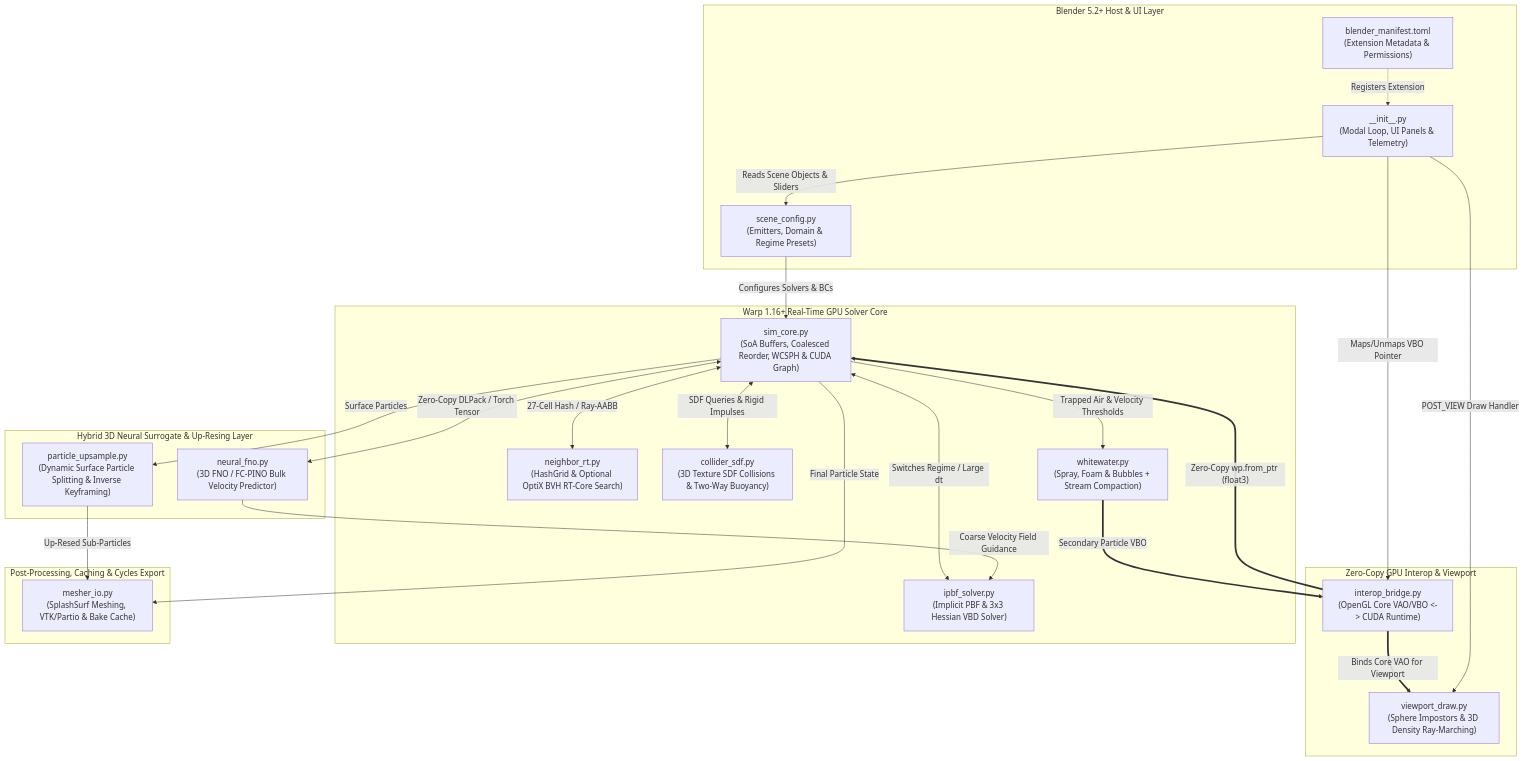
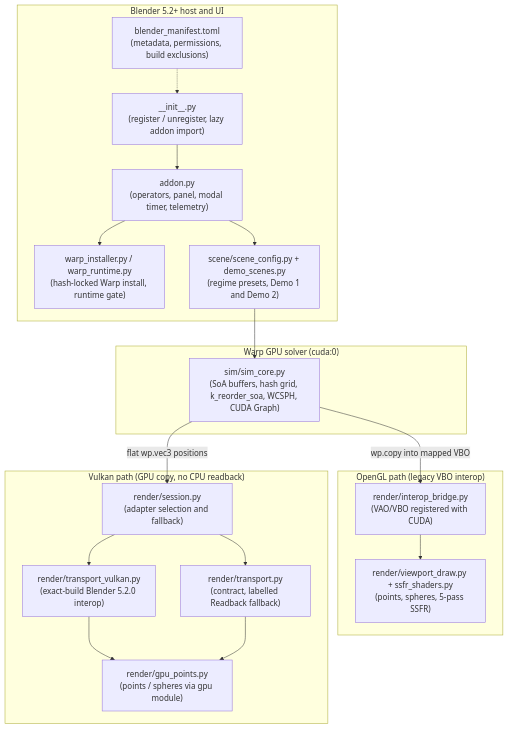
The diagram in docs/ARCHITECTURE.md (trdillman/warp_sph_realtime), drawn with Mermaid before and after one commit. The commit also changed other lines of this file and 123 other files, not shown here.

````diff
--- a/docs/ARCHITECTURE.md
+++ b/docs/ARCHITECTURE.md
@@ -9,51 +11,39 @@
 ```mermaid
 graph TD
-    subgraph Blender52 ["Blender 5.2+ Host & UI Layer"]
-        Manifest["blender_manifest.toml<br/>(Extension Metadata & Permissions)"]
-        Init["__init__.py<br/>(Modal Loop, UI Panels & Telemetry)"]
-        SceneCfg["scene_config.py<br/>(Emitters, Domain & Regime Presets)"]
+    subgraph Host ["Blender 5.2+ host and UI"]
+        Manifest["blender_manifest.toml<br/>(metadata, permissions, build exclusions)"]
+        Init["__init__.py<br/>(register / unregister, lazy addon import)"]
+        Addon["addon.py<br/>(operators, panel, modal timer, telemetry)"]
+        Installer["warp_installer.py / warp_runtime.py<br/>(hash-locked Warp install, runtime gate)"]
+        SceneCfg["scene/scene_config.py + demo_scenes.py<br/>(regime presets, Demo 1 and Demo 2)"]
     end
 
-    subgraph ZeroCopyInterop ["Zero-Copy GPU Interop & Viewport"]
-        Interop["interop_bridge.py<br/>(OpenGL Core VAO/VBO <-> CUDA Runtime)"]
-        ViewDraw["viewport_draw.py<br/>(Sphere Impostors & 3D Density Ray-Marching)"]
+    subgraph Solver ["Warp GPU solver (cuda:0)"]
+        SimCore["sim/sim_core.py<br/>(SoA buffers, hash grid, k_reorder_soa, WCSPH, CUDA Graph)"]
     end
 
-    subgraph CorePhysics ["Warp 1.16+ Real-Time GPU Solver Core"]
-        SimCore["sim_core.py<br/>(SoA Buffers, Coalesced Reorder, WCSPH & CUDA Graph)"]
-        IPBF["ipbf_solver.py<br/>(Implicit PBF & 3x3 Hessian VBD Solver)"]
-        NeighborRT["neighbor_rt.py<br/>(HashGrid & Optional OptiX BVH RT-Core Search)"]
-        ColliderSDF["collider_sdf.py<br/>(3D Texture SDF Collisions & Two-Way Buoyancy)"]
-        Whitewater["whitewater.py<br/>(Spray, Foam & Bubbles + Stream Compaction)"]
+    subgraph GL ["OpenGL path (legacy VBO interop)"]
+        Interop["render/interop_bridge.py<br/>(VAO/VBO registered with CUDA)"]
+        ViewDraw["render/viewport_draw.py + ssfr_shaders.py<br/>(points, spheres, 5-pass SSFR)"]
     end
 
-    subgraph NeuralLayer ["Hybrid 3D Neural Surrogate & Up-Resing Layer"]
-        NeuralFNO["neural_fno.py<br/>(3D FNO / FC-PINO Bulk Velocity Predictor)"]
-        ParticleSplit["particle_upsample.py<br/>(Dynamic Surface Particle Splitting & Inverse Keyframing)"]
+    subgraph VK ["Vulkan path (GPU copy, no CPU readback)"]
+        Session["render/session.py<br/>(adapter selection and fallback)"]
+        Transport["render/transport.py<br/>(contract, labelled Readback fallback)"]
+        VkTransport["render/transport_vulkan.py<br/>(exact-build Blender 5.2.0 interop)"]
+        GpuPoints["render/gpu_points.py<br/>(points / spheres via gpu module)"]
     end
 
-    subgraph PostRender ["Post-Processing, Caching & Cycles Export"]
-        MesherIO["mesher_io.py<br/>(SplashSurf Meshing, VTK/Partio & Bake Cache)"]
-    end
-
-    %% Connections
-    Manifest -.->|"Registers Extension"| Init
-    Init -->|"Reads Scene Objects & Sliders"| SceneCfg
-    Init -->|"Maps/Unmaps VBO Pointer"| Interop
-    Interop ==>|"Zero-Copy wp.from_ptr (float3)"| SimCore
-    Interop ==>|"Binds Core VAO for Viewport"| ViewDraw
-    Init -->|"POST_VIEW Draw Handler"| ViewDraw
-
-    SceneCfg -->|"Configures Solvers & BCs"| SimCore
-    SimCore <-->|"Switches Regime / Large dt"| IPBF
-    SimCore <-->|"27-Cell Hash / Ray-AABB"| NeighborRT
-    SimCore <-->|"SDF Queries & Rigid Impulses"| ColliderSDF
-    SimCore -->|"Trapped Air & Velocity Thresholds"| Whitewater
-    Whitewater ==>|"Secondary Particle VBO"| Interop
-
-    SimCore <-->|"Zero-Copy DLPack / Torch Tensor"| NeuralFNO
-    NeuralFNO -->|"Coarse Velocity Field Guidance"| IPBF
-    SimCore -->|"Surface Particles"| ParticleSplit
-    ParticleSplit -->|"Up-Resed Sub-Particles"| MesherIO
-    SimCore -->|"Final Particle State"| MesherIO
+    Manifest -.-> Init
+    Init --> Addon
+    Addon --> Installer
+    Addon --> SceneCfg
+    SceneCfg --> SimCore
+    SimCore -->|"wp.copy into mapped VBO"| Interop
+    Interop --> ViewDraw
+    SimCore -->|"flat wp.vec3 positions"| Session
+    Session --> VkTransport
+    Session --> Transport
+    VkTransport --> GpuPoints
+    Transport --> GpuPoints
 ```
````
